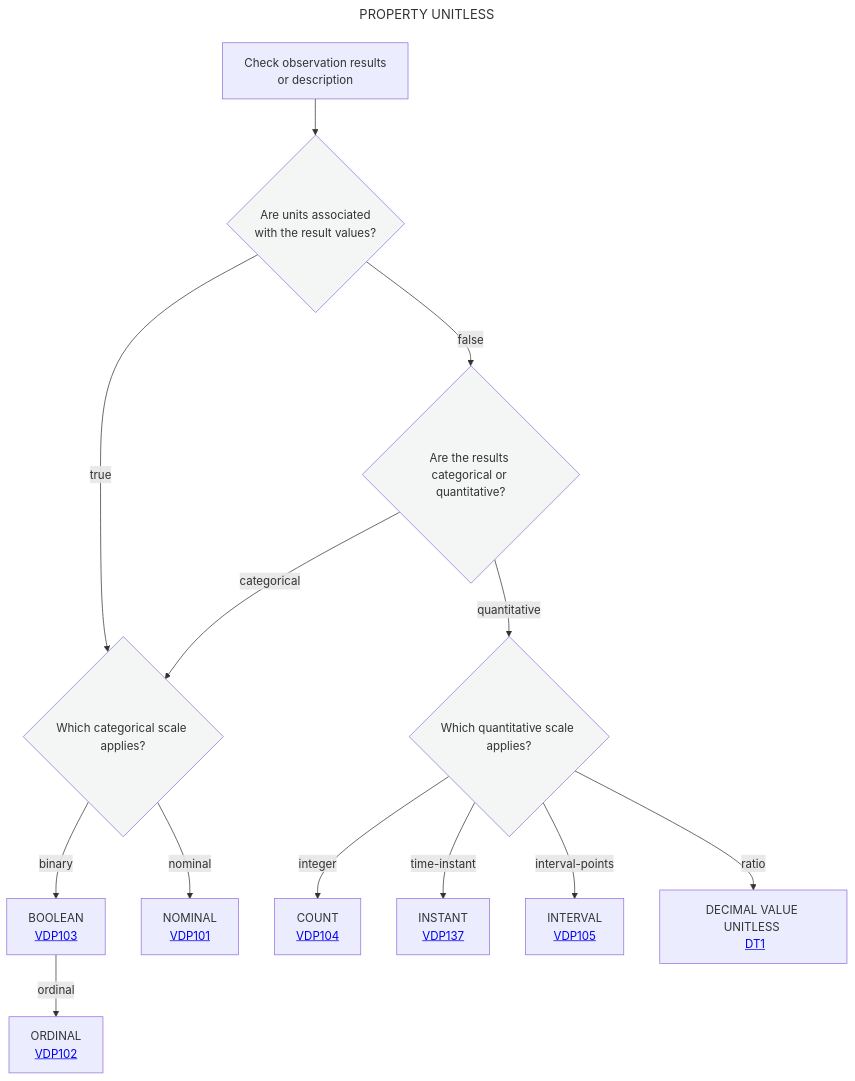
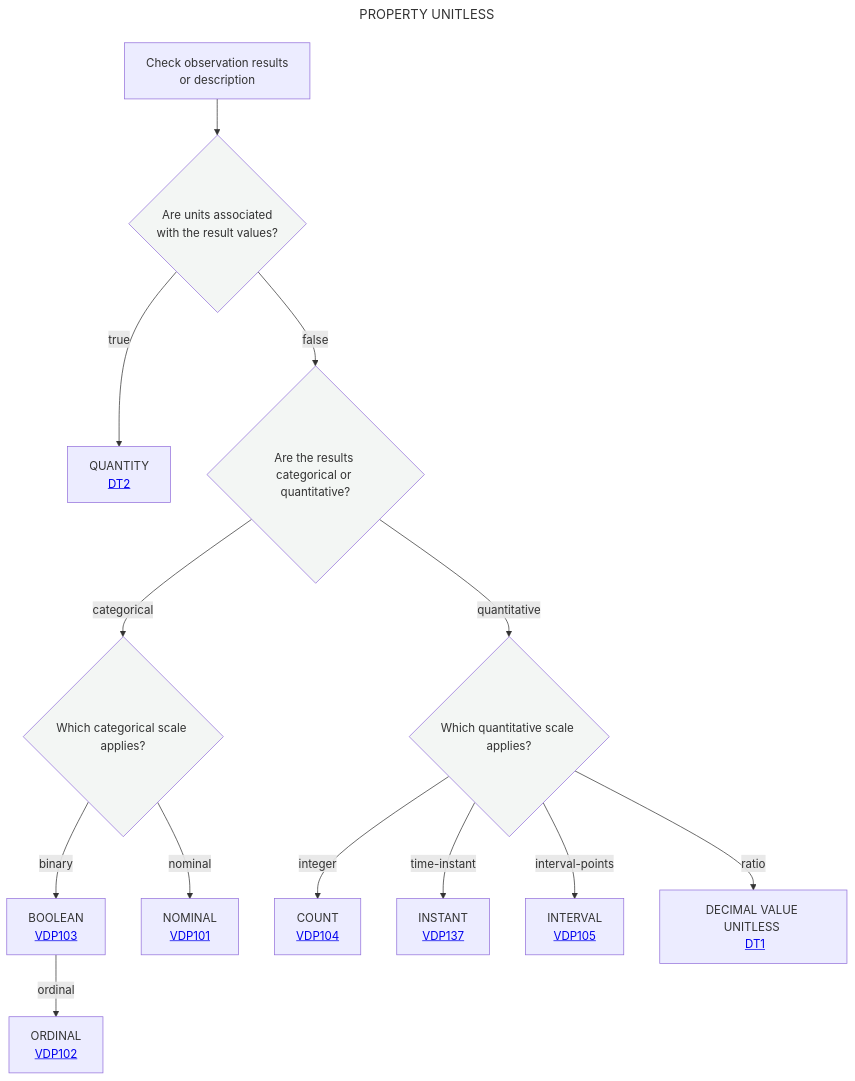
Before and after one commit to mabablue/I-ADOPT-patterns-playground: the diagram in Decisition_trees/dttest.mmd, drawn with Mermaid.

```diff
--- a/Decisition_trees/dttest.mmd
+++ b/Decisition_trees/dttest.mmd
@@ -1,27 +1,27 @@
 ---
 title: PROPERTY UNITLESS
 ---
 flowchart TD
     A[Check observation results <br> or description] --> B{Are units associated <br> with the result values?}:::white
     
     %% Branch: Units Present -> QUANTITY (Ratio Scale with Units)
-    B --> |true|D[QUANTITY <br> <a href='https://github.com/mabablue/I-ADOPT-patterns-playground/blob/main/Decisition_trees/DT2.mmd'>DT2</a><br>]
+    B --> |true|N[QUANTITY <br> <a href='https://github.com/mabablue/I-ADOPT-patterns-playground/blob/main/Decisition_trees/DT2.mmd'>DT2</a><br>]
     
     %% Branch: Unitless Path
     B --> |false|C{Are the results categorical or quantitative?}:::white
     
     %% Categorical Branch (Binary, Nominal, Ordinal)
     C -- categorical --> D{Which categorical scale applies?}:::white
     D -- binary --> E[BOOLEAN <br> <a href='https://github.com/mabablue/I-ADOPT-patterns-playground/blob/main/pattern/VDP103.yaml'>VDP103</a><br>]
     D -- nominal -->F[NOMINAL <br> <a href='https://github.com/mabablue/I-ADOPT-patterns-playground/blob/main/pattern/VDP101.yaml'>VDP101</a><br>]
     E -- ordinal -->G[ORDINAL <br> <a href='https://github.com/mabablue/I-ADOPT-patterns-playground/blob/main/pattern/VDP102.yaml'>VDP102</a><br>]
     C -- quantitative -->H{Which quantitative scale applies?}:::white
     H -- integer -->I[COUNT <br> <a href='https://github.com/mabablue/I-ADOPT-patterns-playground/blob/main/pattern/VDP104.yaml'>VDP104</a><br>]
     H -- time-instant -->K[INSTANT <br> <a href='https://github.com/mabablue/I-ADOPT-patterns-playground/blob/main/pattern/VDP137.yaml'>VDP137</a><br>]
     H -- interval-points -->L[INTERVAL <br> <a href='https://github.com/mabablue/I-ADOPT-patterns-playground/blob/main/pattern/VDP105.yaml'>VDP105</a><br>]
     H -- ratio -->M[DECIMAL VALUE UNITLESS <br> <a href='https://github.com/mabablue/I-ADOPT-patterns-playground/blob/main/Decisition_trees/DT1.mmd'>DT1</a><br>]
 
     classDef blue fill:#90D5FF
     classDef satblue fill:#57B9FF
     classDef white fill:#f3f6f4
     classDef green fill:#6aa84f
```
